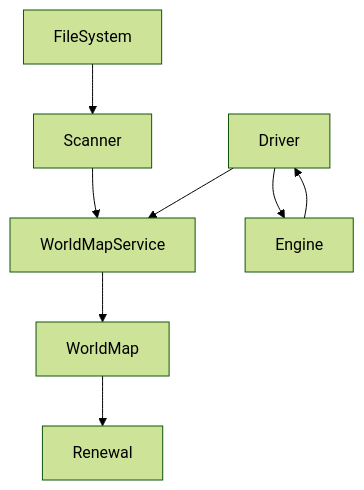
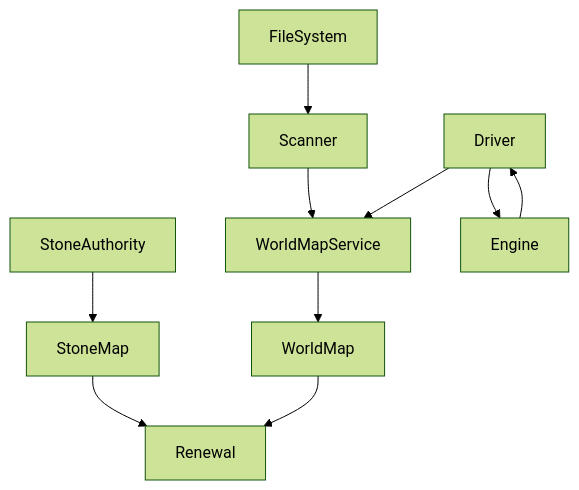
The fourth of 4 diagrams in ARCHITECTURE.md (olilanz/memento-mc), drawn with Mermaid (forest theme) before and after one commit. The commit also changed other lines of this file and 4 other files, not shown here.

````diff
--- a/ARCHITECTURE.md
+++ b/ARCHITECTURE.md
@@ -193,10 +219,12 @@
 ```mermaid
 flowchart TB
     FileSystem --> Scanner
     Scanner --> WorldMapService
+    StoneAuthority --> StoneMap
+    StoneMap --> Renewal
     Driver --> Engine
     Engine --> Driver
     Driver --> WorldMapService
     WorldMapService --> WorldMap
     WorldMap --> Renewal
 ```
````
